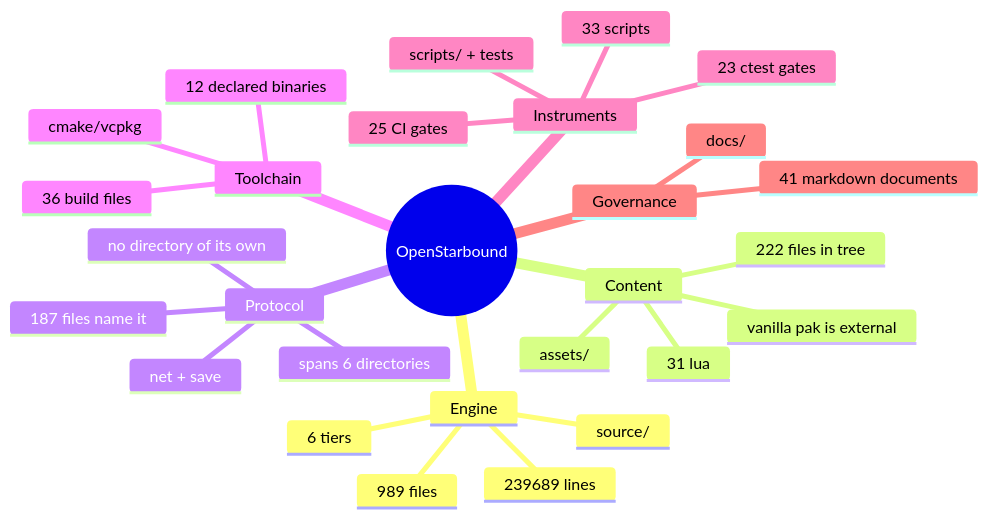
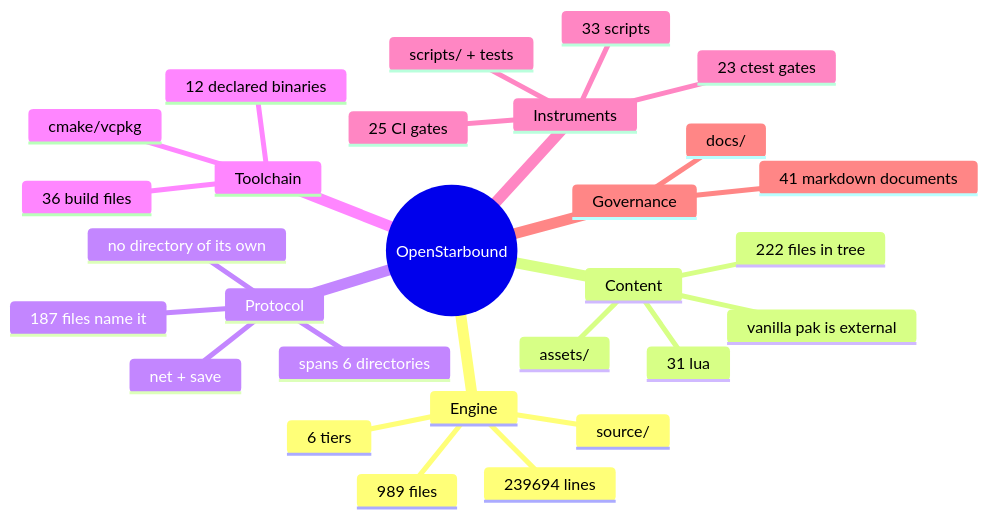
The second of 11 diagrams in docs/architecture/system-boundaries.md (apnex/OpenStarbound), drawn with Mermaid before and after one commit. The commit also changed other lines of this file and 3 other files, not shown here.

````diff
--- a/docs/architecture/system-boundaries.md
+++ b/docs/architecture/system-boundaries.md
@@ -166,31 +166,31 @@
 ```mermaid
 mindmap
   root((OpenStarbound))
     Engine
       source/
       989 files
-      239689 lines
+      239694 lines
       6 tiers
     Content
       assets/
       222 files in tree
       31 lua
       vanilla pak is external
     Protocol
       net + save
       187 files name it
       spans 6 directories
       no directory of its own
     Toolchain
       cmake/vcpkg
       36 build files
       12 declared binaries
     Instruments
       scripts/ + tests
       33 scripts
       23 ctest gates
       25 CI gates
     Governance
       docs/
       41 markdown documents
 ```
````
